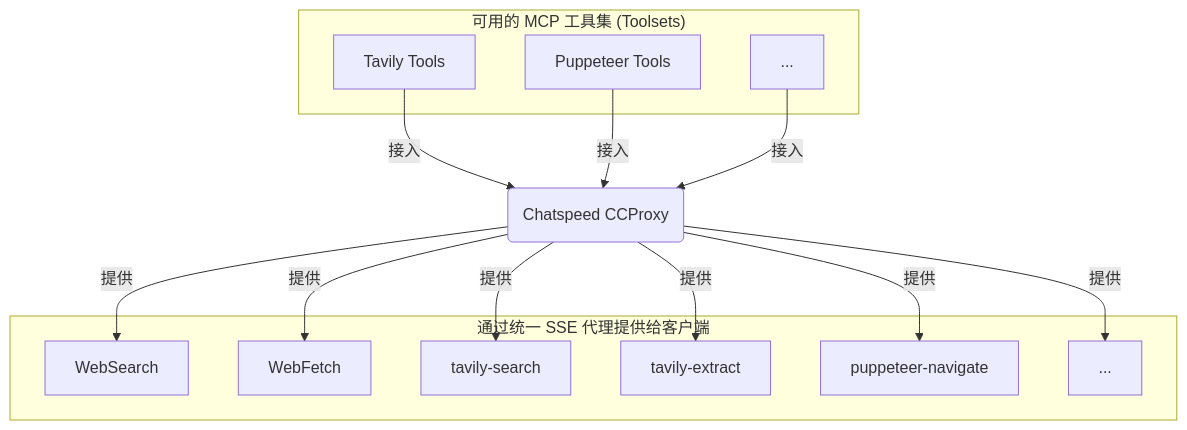
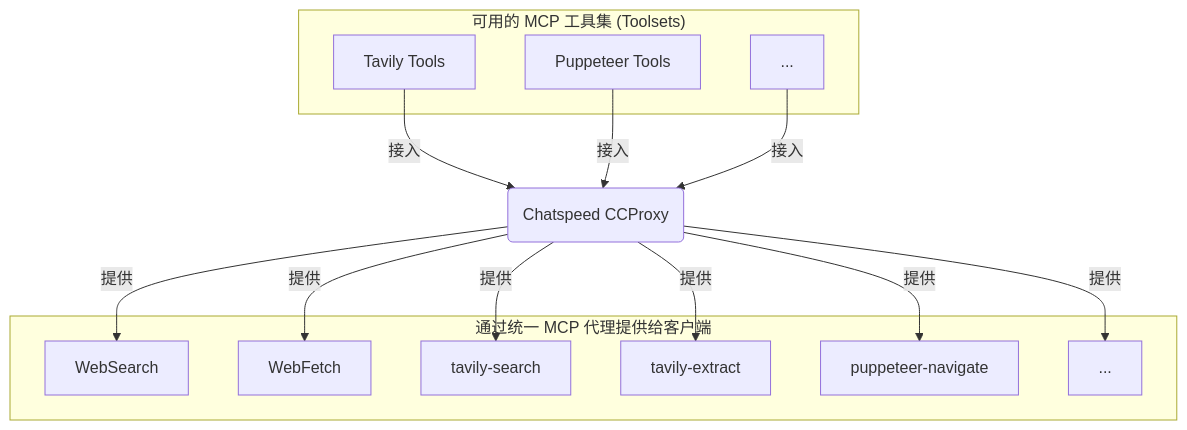
The diagram in docs/zh/mcp/README.md (aidyou/chatspeed-docs), drawn with Mermaid before and after one commit. The commit also changed other lines of this file and 7 other files, not shown here.

````diff
--- a/docs/zh/mcp/README.md
+++ b/docs/zh/mcp/README.md
@@ -39,30 +38,30 @@
 ```mermaid
 graph TD
     subgraph "可用的 MCP 工具集 (Toolsets)"
         A[Tavily Tools]
         B[Puppeteer Tools]
         C[...]
     end
 
     P(Chatspeed CCProxy)
 
-    subgraph "通过统一 SSE 代理提供给客户端"
+    subgraph "通过统一 MCP 代理提供给客户端"
         D[WebSearch]
         E[WebFetch]
         F[tavily-search]
         G[tavily-extract]
         H[puppeteer-navigate]
         I[...]
     end
 
     A -- "接入" --> P
     B -- "接入" --> P
     C -- "接入" --> P
 
     P -- "提供" --> D
     P -- "提供" --> E
     P -- "提供" --> F
     P -- "提供" --> G
     P -- "提供" --> H
     P -- "提供" --> I
 ```
````
